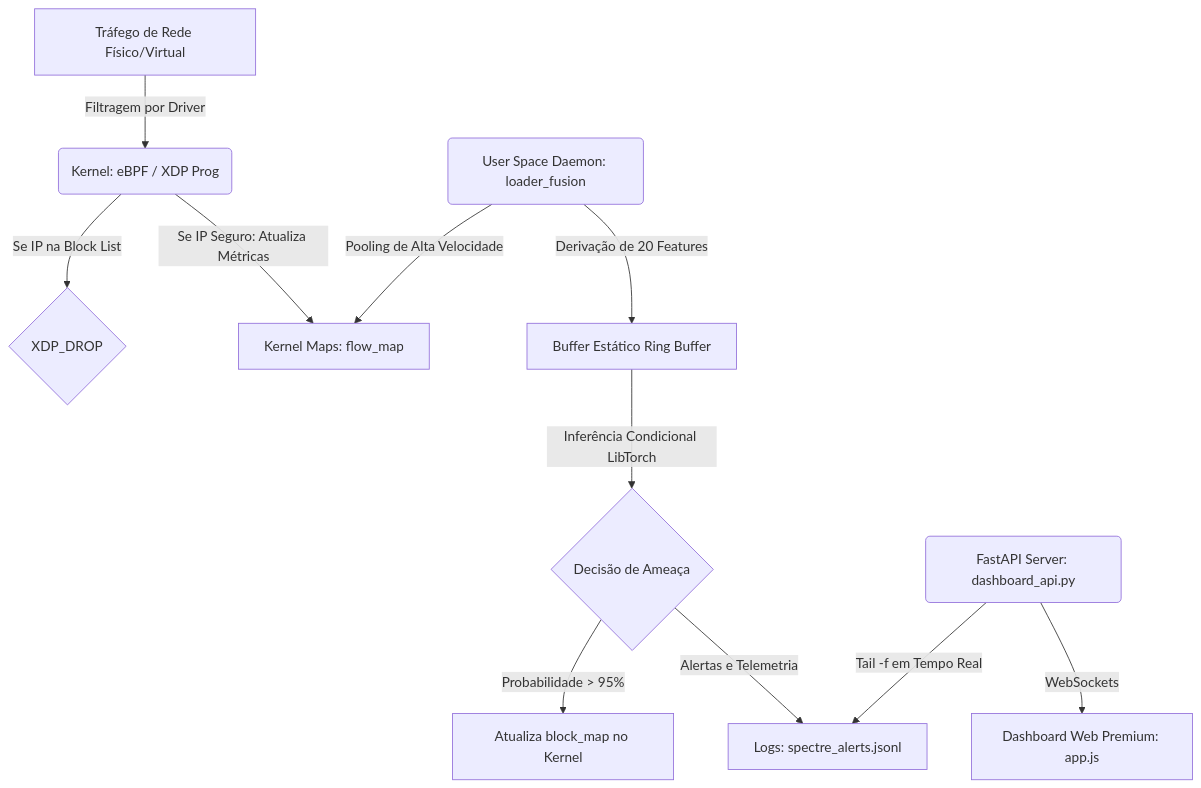
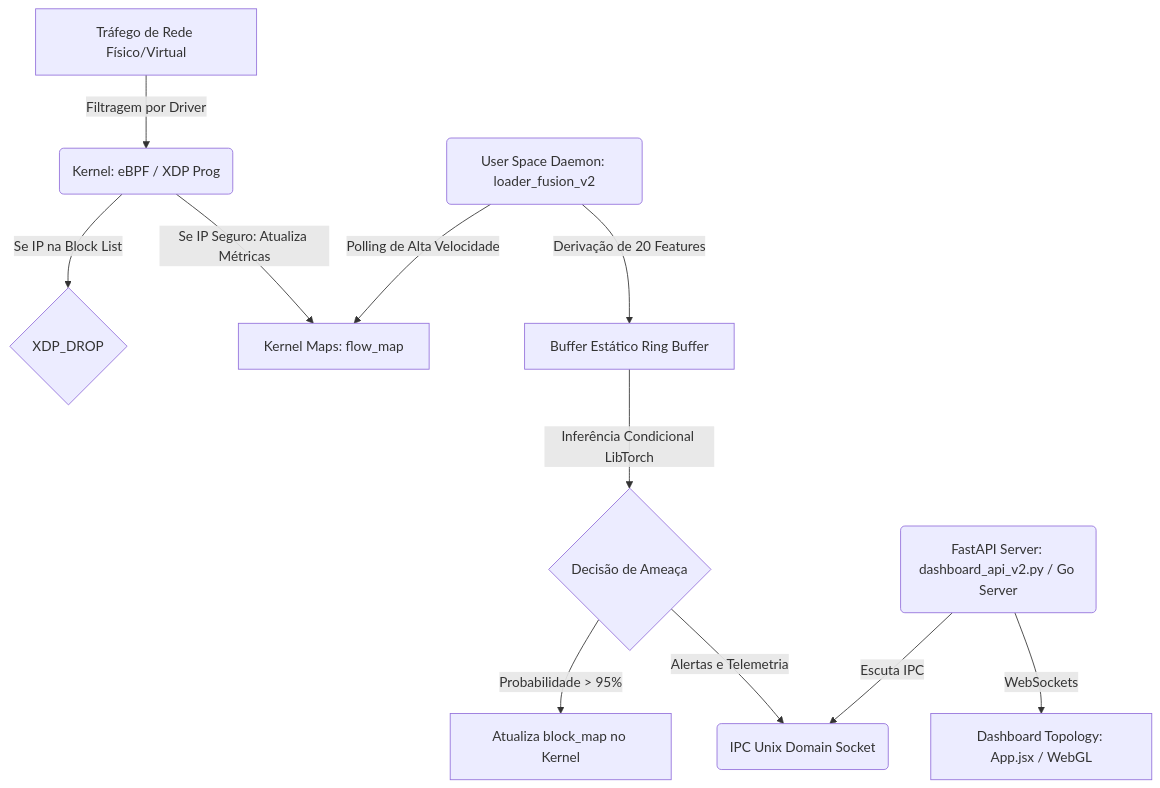
Before and after one commit to abraaoteixeira/ids-cnn-lstm-gnn: the diagram in project_overview.md, drawn with Mermaid. The commit also changed other lines of this file, not shown here.

Commit message:
docs: align project_overview.md with V2 refactoring

````diff
--- a/project_overview.md
+++ b/project_overview.md
@@ -11,15 +11,15 @@
 ```mermaid
 graph TD
     A[Tráfego de Rede Físico/Virtual] -->|Filtragem por Driver| B(Kernel: eBPF / XDP Prog)
     B -->|Se IP na Block List| C{XDP_DROP}
     B -->|Se IP Seguro: Atualiza Métricas| D[Kernel Maps: flow_map]
     
-    E(User Space Daemon: loader_fusion) -->|Pooling de Alta Velocidade| D
+    E(User Space Daemon: loader_fusion_v2) -->|Polling de Alta Velocidade| D
     E -->|Derivação de 20 Features| F[Buffer Estático Ring Buffer]
     F -->|Inferência Condicional LibTorch| G{Decisão de Ameaça}
     G -->|Probabilidade > 95%| H[Atualiza block_map no Kernel]
-    G -->|Alertas e Telemetria| I[Logs: spectre_alerts.jsonl]
+    G -->|Alertas e Telemetria| I(IPC Unix Domain Socket)
     
-    J(FastAPI Server: dashboard_api.py) -->|Tail -f em Tempo Real| I
-    J -->|WebSockets| K[Dashboard Web Premium: app.js]
+    J(FastAPI Server: dashboard_api_v2.py / Go Server) -->|Escuta IPC| I
+    J -->|WebSockets| K[Dashboard Topology: App.jsx / WebGL]
 ```
````
